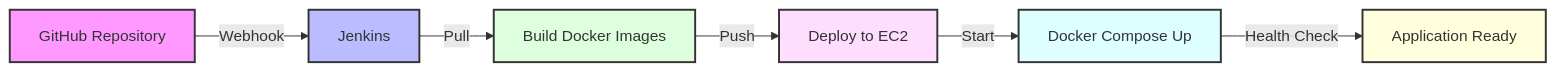
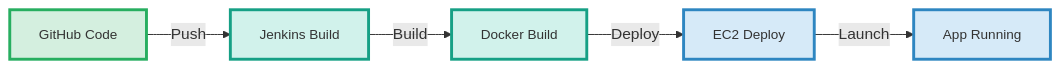
The third of 4 diagrams in README.md (agrimasharma031/two-tier-flask-app), drawn with Mermaid before and after one commit. The commit also changed other lines of this file, not shown here.

````diff
--- a/README.md
+++ b/README.md
@@ -55,14 +56,18 @@
 ```mermaid
 graph LR
-    A[GitHub Repository] -->|Webhook| B[Jenkins]
-    B -->|Pull| C[Build Docker Images]
-    C -->|Push| D[Deploy to EC2]
-    D -->|Start| E[Docker Compose Up]
-    E -->|Health Check| F[Application Ready]
-    style A fill:#f9f,stroke:#333,stroke-width:2px
-    style B fill:#bbf,stroke:#333,stroke-width:2px
-    style C fill:#dfd,stroke:#333,stroke-width:2px
-    style D fill:#fdf,stroke:#333,stroke-width:2px
-    style E fill:#dff,stroke:#333,stroke-width:2px
-    style F fill:#ffd,stroke:#333,stroke-width:2px
+    classDef defaultStyle stroke-width:3px,font-size:14px;
+    classDef sourceStyle fill:#D4EFDF,stroke:#27AE60,stroke-width:3px,font-size:14px;
+    classDef buildStyle fill:#D1F2EB,stroke:#16A085,stroke-width:3px,font-size:14px;
+    classDef deployStyle fill:#D6EAF8,stroke:#2E86C1,stroke-width:3px,font-size:14px;
+
+    A[GitHub Code]:::sourceStyle
+    B[Jenkins Build]:::buildStyle
+    C[Docker Build]:::buildStyle
+    D[EC2 Deploy]:::deployStyle
+    E[App Running]:::deployStyle
+
+    A -->|Push| B
+    B -->|Build| C
+    C -->|Deploy| D
+    D -->|Launch| E
 ```
````
